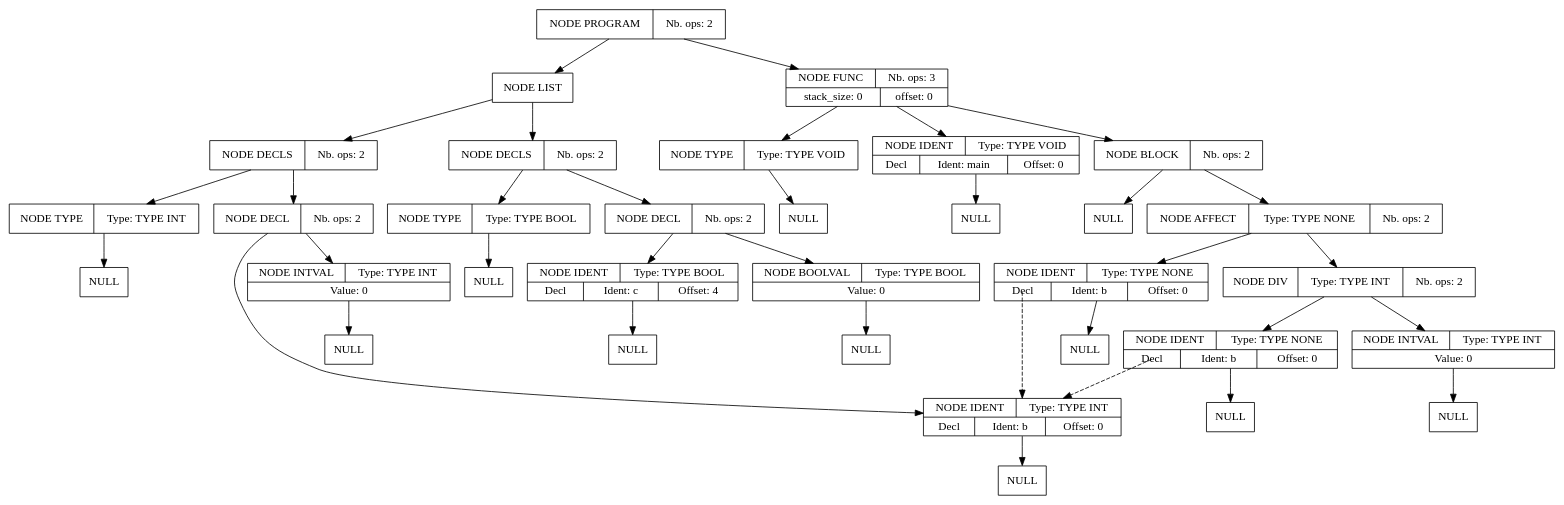
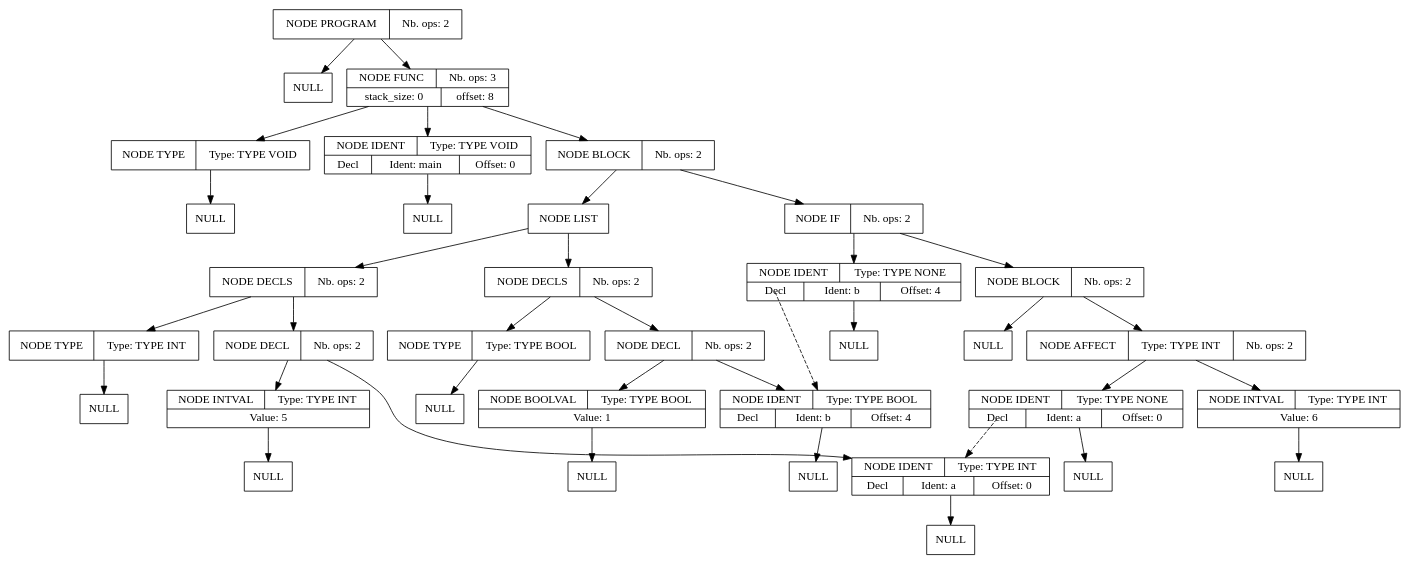
The diagram in projet_compilation_src/src/fichier_dump_fin.dot (Serial-DeV/Compilation), drawn with Graphviz before and after one commit. The commit also changed 22 other files, not shown here.

```diff
--- a/projet_compilation_src/src/fichier_dump_fin.dot
+++ b/projet_compilation_src/src/fichier_dump_fin.dot
@@ -1,103 +1,109 @@
 digraph global_vars {
     N1 [shape=record, label="{{NODE PROGRAM|Nb. ops: 2}}"];
-    N2 [shape=record, label="{{NODE LIST}}"];
-    N3 [shape=record, label="{{NODE DECLS|Nb. ops: 2}}"];
-    N4 [shape=record, label="{{NODE TYPE|Type: TYPE INT}}"];
+    N2 [shape=record, label="{{NULL}}"];
+    edge[tailclip=true];
+    N1 -> N2
+    N3 [shape=record, label="{{NODE FUNC|Nb. ops: 3}|{stack_size: 0|offset: 8}}"];
+    N4 [shape=record, label="{{NODE TYPE|Type: TYPE VOID}}"];
     N5 [shape=record, label="{{NULL}}"];
     edge[tailclip=true];
     N4 -> N5
     edge[tailclip=true];
     N3 -> N4
-    N6 [shape=record, label="{{NODE DECL|Nb. ops: 2}}"];
-    N7 [shape=record, label="{{NODE IDENT|Type: TYPE INT}|{<decl>Decl      |Ident: b|Offset: 0}}"];
-    N8 [shape=record, label="{{NULL}}"];
-    edge[tailclip=true];
-    N7 -> N8
+    N6 [shape=record, label="{{NODE IDENT|Type: TYPE VOID}|{<decl>Decl      |Ident: main|Offset: 0}}"];
+    N7 [shape=record, label="{{NULL}}"];
     edge[tailclip=true];
     N6 -> N7
-    N9 [shape=record, label="{{NODE INTVAL|Type: TYPE INT}|{Value: 0}}"];
-    N10 [shape=record, label="{{NULL}}"];
+    edge[tailclip=true];
+    N3 -> N6
+    N8 [shape=record, label="{{NODE BLOCK|Nb. ops: 2}}"];
+    N9 [shape=record, label="{{NODE LIST}}"];
+    N10 [shape=record, label="{{NODE DECLS|Nb. ops: 2}}"];
+    N11 [shape=record, label="{{NODE TYPE|Type: TYPE INT}}"];
+    N12 [shape=record, label="{{NULL}}"];
+    edge[tailclip=true];
+    N11 -> N12
+    edge[tailclip=true];
+    N10 -> N11
+    N13 [shape=record, label="{{NODE DECL|Nb. ops: 2}}"];
+    N14 [shape=record, label="{{NODE IDENT|Type: TYPE INT}|{<decl>Decl      |Ident: a|Offset: 0}}"];
+    N15 [shape=record, label="{{NULL}}"];
+    edge[tailclip=true];
+    N14 -> N15
+    edge[tailclip=true];
+    N13 -> N14
+    N16 [shape=record, label="{{NODE INTVAL|Type: TYPE INT}|{Value: 5}}"];
+    N17 [shape=record, label="{{NULL}}"];
+    edge[tailclip=true];
+    N16 -> N17
+    edge[tailclip=true];
+    N13 -> N16
+    edge[tailclip=true];
+    N10 -> N13
     edge[tailclip=true];
     N9 -> N10
-    edge[tailclip=true];
-    N6 -> N9
-    edge[tailclip=true];
-    N3 -> N6
-    edge[tailclip=true];
-    N2 -> N3
-    N11 [shape=record, label="{{NODE DECLS|Nb. ops: 2}}"];
-    N12 [shape=record, label="{{NODE TYPE|Type: TYPE BOOL}}"];
-    N13 [shape=record, label="{{NULL}}"];
-    edge[tailclip=true];
-    N12 -> N13
-    edge[tailclip=true];
-    N11 -> N12
-    N14 [shape=record, label="{{NODE DECL|Nb. ops: 2}}"];
-    N15 [shape=record, label="{{NODE IDENT|Type: TYPE BOOL}|{<decl>Decl      |Ident: c|Offset: 4}}"];
-    N16 [shape=record, label="{{NULL}}"];
-    edge[tailclip=true];
-    N15 -> N16
-    edge[tailclip=true];
-    N14 -> N15
-    N17 [shape=record, label="{{NODE BOOLVAL|Type: TYPE BOOL}|{Value: 0}}"];
-    N18 [shape=record, label="{{NULL}}"];
-    edge[tailclip=true];
-    N17 -> N18
-    edge[tailclip=true];
-    N14 -> N17
-    edge[tailclip=true];
-    N11 -> N14
-    edge[tailclip=true];
-    N2 -> N11
-    edge[tailclip=true];
-    N1 -> N2
-    N19 [shape=record, label="{{NODE FUNC|Nb. ops: 3}|{stack_size: 0|offset: 0}}"];
-    N20 [shape=record, label="{{NODE TYPE|Type: TYPE VOID}}"];
-    N21 [shape=record, label="{{NULL}}"];
-    edge[tailclip=true];
-    N20 -> N21
+    N18 [shape=record, label="{{NODE DECLS|Nb. ops: 2}}"];
+    N19 [shape=record, label="{{NODE TYPE|Type: TYPE BOOL}}"];
+    N20 [shape=record, label="{{NULL}}"];
     edge[tailclip=true];
     N19 -> N20
-    N22 [shape=record, label="{{NODE IDENT|Type: TYPE VOID}|{<decl>Decl      |Ident: main|Offset: 0}}"];
+    edge[tailclip=true];
+    N18 -> N19
+    N21 [shape=record, label="{{NODE DECL|Nb. ops: 2}}"];
+    N22 [shape=record, label="{{NODE IDENT|Type: TYPE BOOL}|{<decl>Decl      |Ident: b|Offset: 4}}"];
     N23 [shape=record, label="{{NULL}}"];
     edge[tailclip=true];
     N22 -> N23
     edge[tailclip=true];
-    N19 -> N22
-    N24 [shape=record, label="{{NODE BLOCK|Nb. ops: 2}}"];
+    N21 -> N22
+    N24 [shape=record, label="{{NODE BOOLVAL|Type: TYPE BOOL}|{Value: 1}}"];
     N25 [shape=record, label="{{NULL}}"];
     edge[tailclip=true];
     N24 -> N25
-    N26 [shape=record, label="{{NODE AFFECT|Type: TYPE NONE|Nb. ops: 2}}"];
-    N27 [shape=record, label="{{NODE IDENT|Type: TYPE NONE}|{<decl>Decl      |Ident: b|Offset: 0}}"];
+    edge[tailclip=true];
+    N21 -> N24
+    edge[tailclip=true];
+    N18 -> N21
+    edge[tailclip=true];
+    N9 -> N18
+    edge[tailclip=true];
+    N8 -> N9
+    N26 [shape=record, label="{{NODE IF|Nb. ops: 2}}"];
+    N27 [shape=record, label="{{NODE IDENT|Type: TYPE NONE}|{<decl>Decl      |Ident: b|Offset: 4}}"];
     edge[tailclip=false];
-    "N27":decl:c -> "N7" [style=dashed]
+    "N27":decl:c -> "N22" [style=dashed]
     N28 [shape=record, label="{{NULL}}"];
     edge[tailclip=true];
     N27 -> N28
     edge[tailclip=true];
     N26 -> N27
-    N29 [shape=record, label="{{NODE DIV|Type: TYPE INT|Nb. ops: 2}}"];
-    N30 [shape=record, label="{{NODE IDENT|Type: TYPE NONE}|{<decl>Decl      |Ident: b|Offset: 0}}"];
-    edge[tailclip=false];
-    "N30":decl:c -> "N7" [style=dashed]
-    N31 [shape=record, label="{{NULL}}"];
-    edge[tailclip=true];
-    N30 -> N31
+    N29 [shape=record, label="{{NODE BLOCK|Nb. ops: 2}}"];
+    N30 [shape=record, label="{{NULL}}"];
     edge[tailclip=true];
     N29 -> N30
-    N32 [shape=record, label="{{NODE INTVAL|Type: TYPE INT}|{Value: 0}}"];
+    N31 [shape=record, label="{{NODE AFFECT|Type: TYPE INT|Nb. ops: 2}}"];
+    N32 [shape=record, label="{{NODE IDENT|Type: TYPE NONE}|{<decl>Decl      |Ident: a|Offset: 0}}"];
+    edge[tailclip=false];
+    "N32":decl:c -> "N14" [style=dashed]
     N33 [shape=record, label="{{NULL}}"];
     edge[tailclip=true];
     N32 -> N33
     edge[tailclip=true];
-    N29 -> N32
+    N31 -> N32
+    N34 [shape=record, label="{{NODE INTVAL|Type: TYPE INT}|{Value: 6}}"];
+    N35 [shape=record, label="{{NULL}}"];
+    edge[tailclip=true];
+    N34 -> N35
+    edge[tailclip=true];
+    N31 -> N34
+    edge[tailclip=true];
+    N29 -> N31
     edge[tailclip=true];
     N26 -> N29
     edge[tailclip=true];
-    N24 -> N26
+    N8 -> N26
     edge[tailclip=true];
-    N19 -> N24
+    N3 -> N8
     edge[tailclip=true];
-    N1 -> N19
+    N1 -> N3
 }
```
